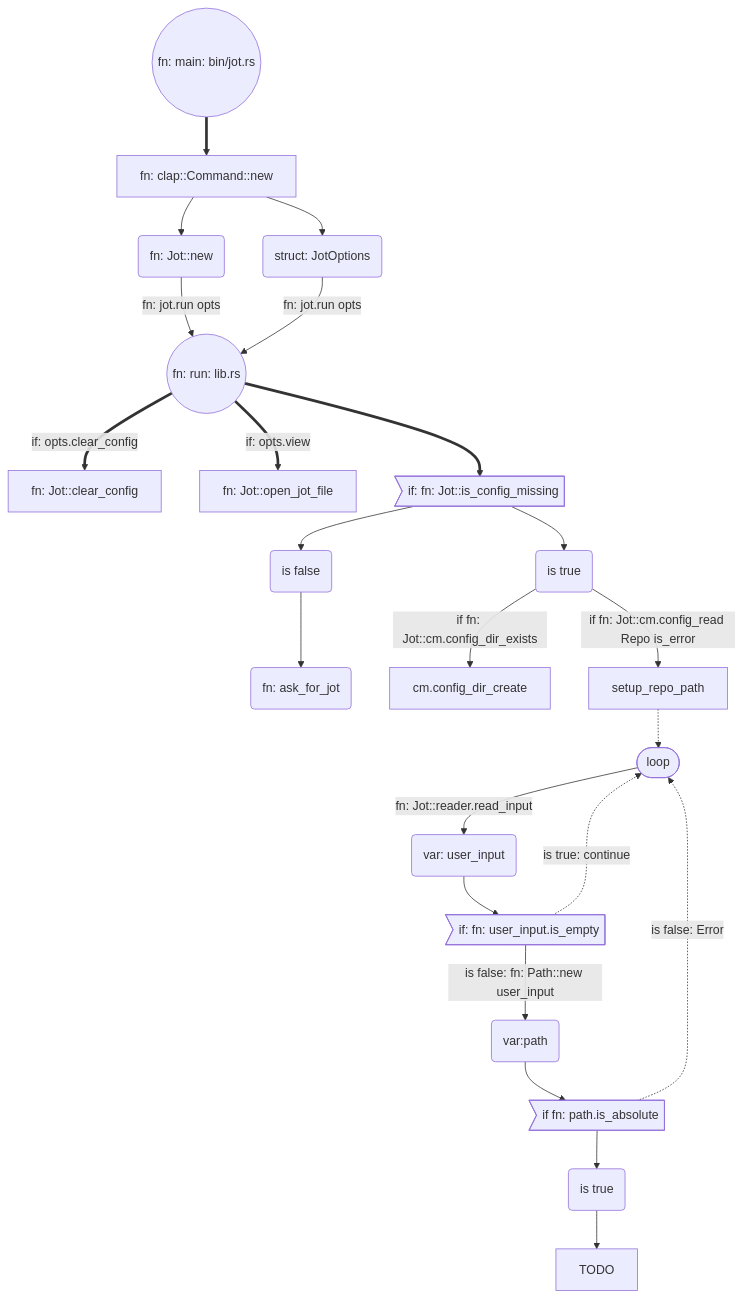
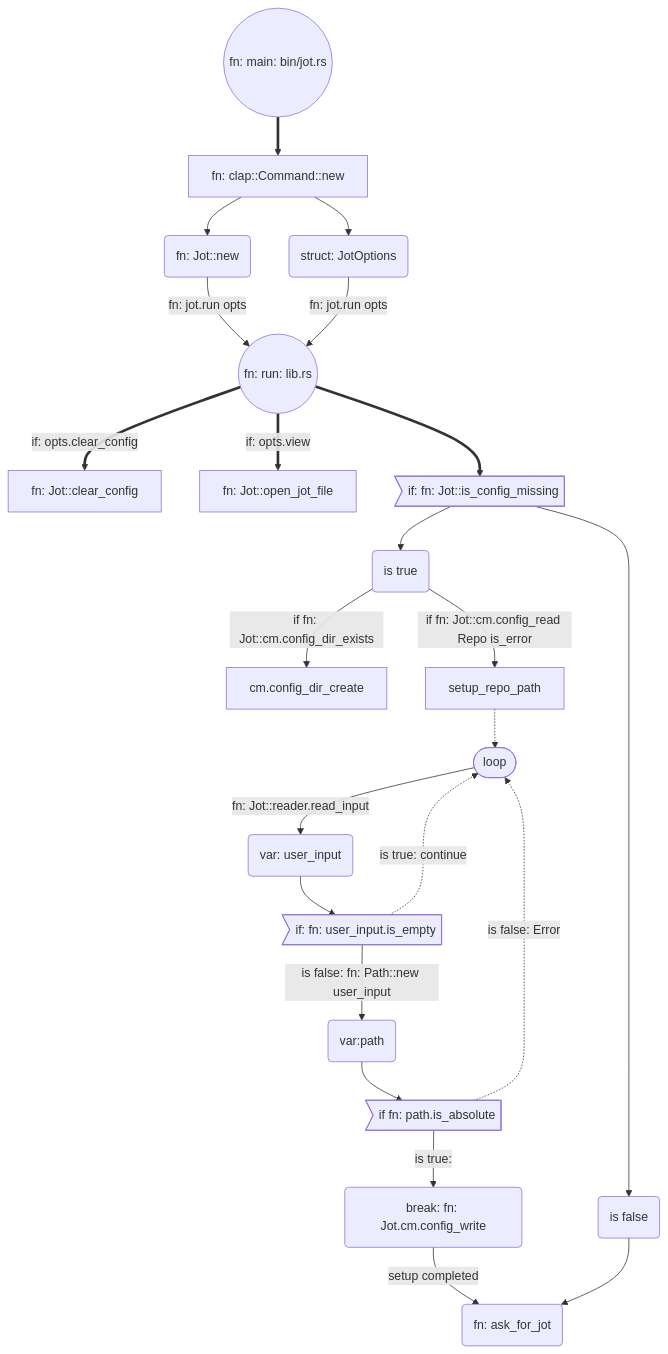
The diagram in README.md (lloydlobo/jot), drawn with Mermaid before and after one commit. The commit also changed 1 other file, not shown here.

Commit message:
docs: finish till ask for jot meramid node

````diff
--- a/README.md
+++ b/README.md
@@ -13,24 +13,24 @@
 ```mermaid
 graph TD;
 
 A((fn: main: bin/jot.rs))==>A1[fn: clap::Command::new];
 A1-->A11(fn: Jot::new);
 A1-->A12(struct: JotOptions);
 A11-->|fn: jot.run opts|B((fn: run: lib.rs));
 A12-->|fn: jot.run opts|B;
 
 B==>|if: opts.clear_config|B1[fn: Jot::clear_config];
 B==>|if: opts.view|B2[fn: Jot::open_jot_file];
 B==>B3>if: fn: Jot::is_config_missing];
 B3-->B31(is true);
 B3-->B32(is false)-->B321(fn: ask_for_jot);
 B31-->|if fn: Jot::cm.config_dir_exists|B311[cm.config_dir_create];
 B31-->|if fn: Jot::cm.config_read Repo is_error|B312[setup_repo_path];
 B312-.->C([loop]);
 C-->|fn: Jot::reader.read_input|C1(var: user_input);
 C1-->C11>if: fn: user_input.is_empty];
 C11-.->|is true: continue|C;
-C11-->|is false: fn: Path::new user_input|D(var:path);
-D-->D1>if fn: path.is_absolute]-->D11(is true)-->TODO;
+C11-->|is false: fn: Path::new user_input|D(var:path)-->D1>if fn: path.is_absolute];
 D1-.->|is false: Error|C;
+D1-->|is true:|D11(break: fn: Jot.cm.config_write)-->|setup completed|B321;
 ```
````
